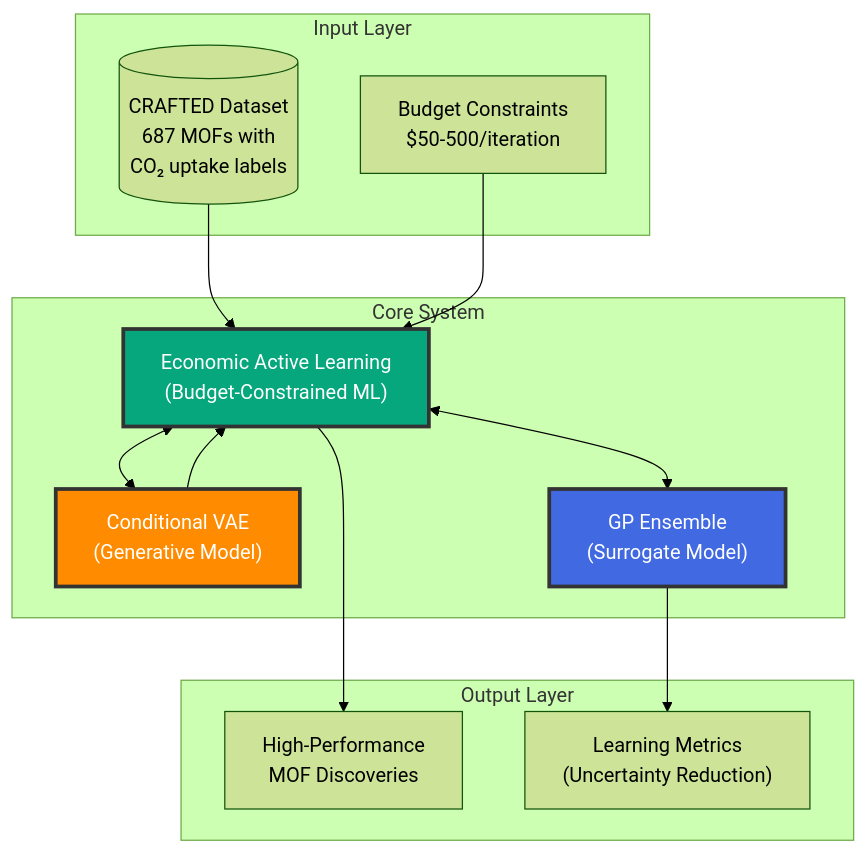
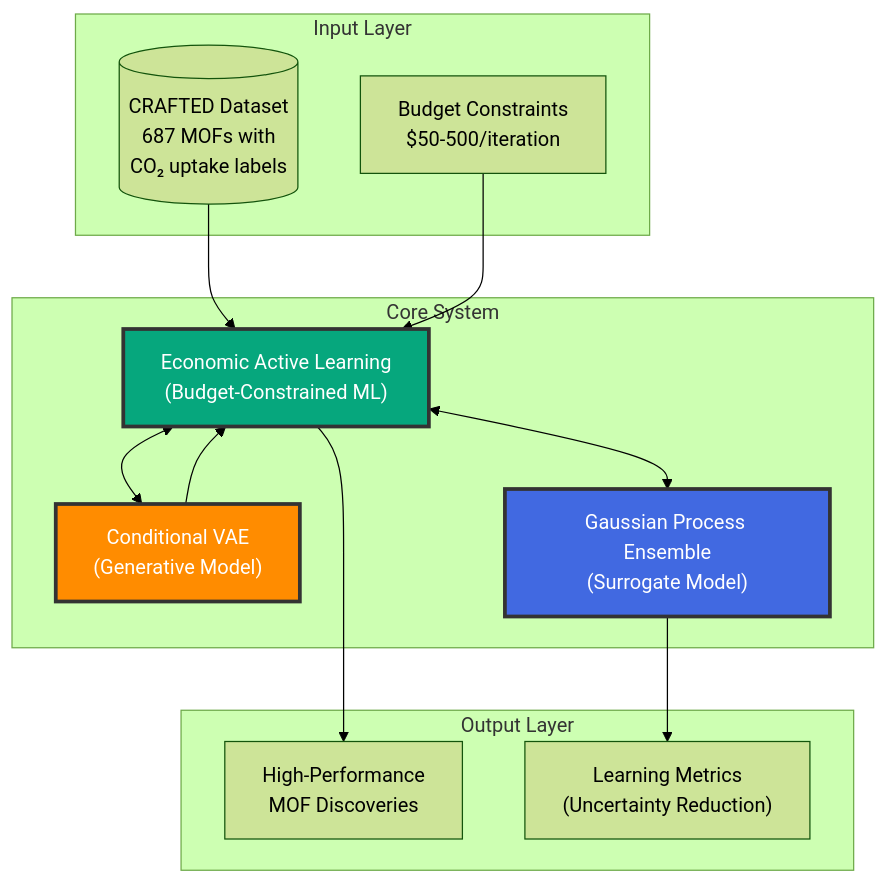
One commit to kar-ganap/ai-for-science changed the first of 7 diagrams in docs/ARCHITECTURE.md. Above: the diagram before and after it, drawn with Mermaid (forest theme). The commit also changed 4 other files, not shown here.

````diff
--- a/docs/ARCHITECTURE.md
+++ b/docs/ARCHITECTURE.md
@@ -11,30 +11,30 @@
 ```mermaid
 graph TB
     subgraph "Input Layer"
         DATA[("CRAFTED Dataset<br/>687 MOFs with<br/>CO₂ uptake labels")]
         BUDGET["Budget Constraints<br/>$50-500/iteration"]
     end
 
     subgraph "Core System"
         AL["Economic Active Learning<br/>(Budget-Constrained ML)"]
         VAE["Conditional VAE<br/>(Generative Model)"]
-        GP["GP Ensemble<br/>(Surrogate Model)"]
+        GP["Gaussian Process Ensemble<br/>(Surrogate Model)"]
     end
 
     subgraph "Output Layer"
         DISC["High-Performance<br/>MOF Discoveries"]
         METRICS["Learning Metrics<br/>(Uncertainty Reduction)"]
     end
 
     DATA --> AL
     BUDGET --> AL
     AL <--> GP
     AL <--> VAE
     VAE --> AL
     GP --> METRICS
     AL --> DISC
 
     style AL fill:#06A77D,stroke:#333,stroke-width:3px,color:#fff
     style VAE fill:#FF8C00,stroke:#333,stroke-width:3px,color:#fff
     style GP fill:#4169E1,stroke:#333,stroke-width:3px,color:#fff
 ```
````
